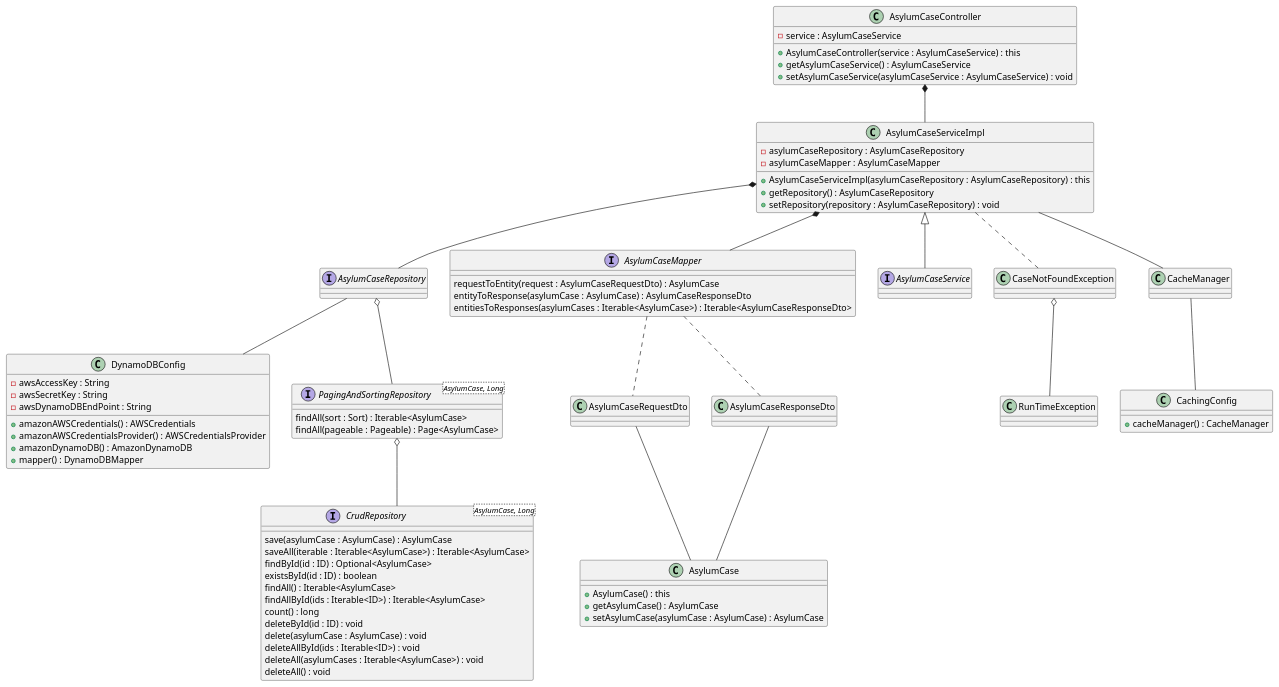
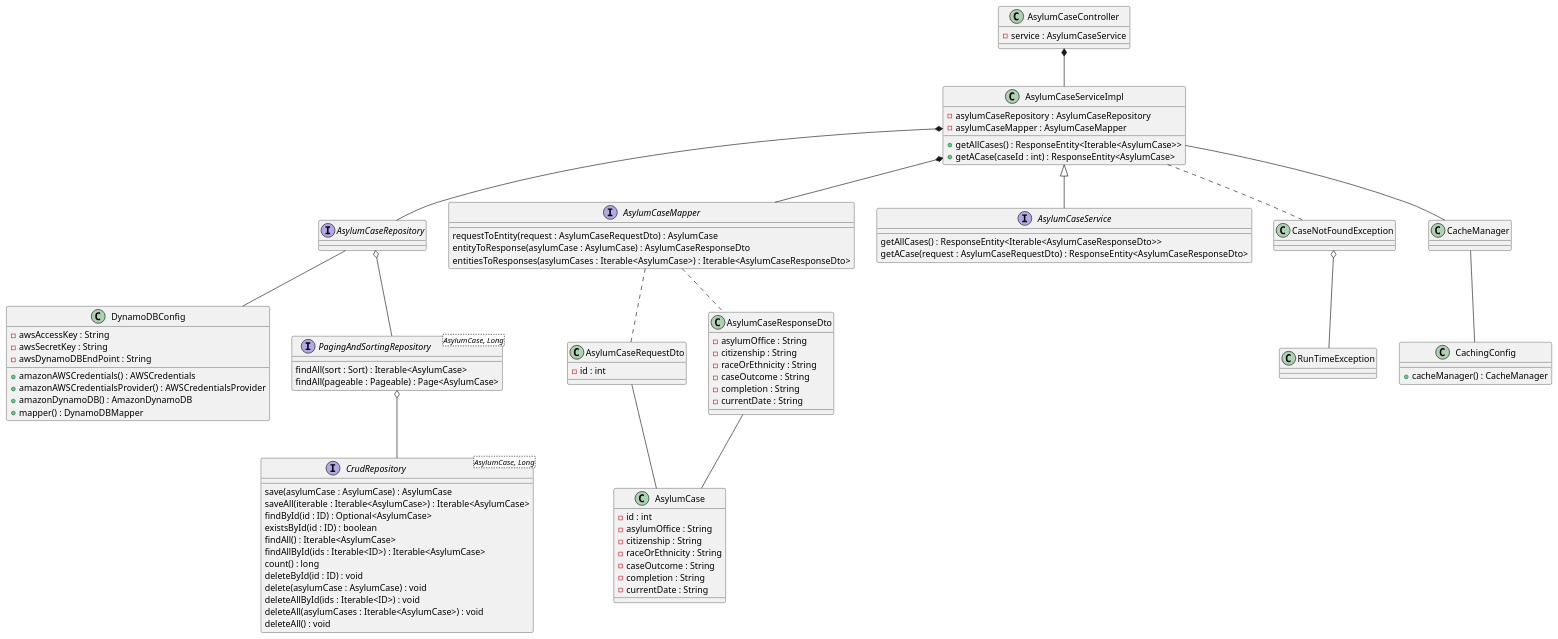
The diagram in RELEASE_1_CD.puml (BloomTech-Labs/asylum-rg-be-a), drawn with PlantUML before and after one commit. The commit also changed 9 other files, not shown here.

Commit message:
Empty files added and class diagram updated.

```diff
--- a/RELEASE_1_CD.puml
+++ b/RELEASE_1_CD.puml
@@ -1,126 +1,134 @@
 @startuml
 
 'End point mappings
 class AsylumCaseController {
     - service : AsylumCaseService
-    + AsylumCaseController(service : AsylumCaseService) : this
-    + getAsylumCaseService() : AsylumCaseService
-    + setAsylumCaseService(asylumCaseService : AsylumCaseService) : void
+
 }
 
 'Config for DynamoDB
 class DynamoDBConfig {
     - awsAccessKey : String
     - awsSecretKey : String
     - awsDynamoDBEndPoint : String
     + amazonAWSCredentials() : AWSCredentials
     + amazonAWSCredentialsProvider() : AWSCredentialsProvider
     + amazonDynamoDB() : AmazonDynamoDB
     + mapper() : DynamoDBMapper
 }
 
 'Config to enable caching
 class CachingConfig {
     + cacheManager() : CacheManager
 }
 
 'repo for DynamoDB calls
 interface AsylumCaseRepository {
 }
 
-'POJO for data model
+'Entity for data model
 class AsylumCase {
-    + AsylumCase() : this
-    + getAsylumCase() : AsylumCase
-    + setAsylumCase(asylumCase : AsylumCase) : AsylumCase
+    - id : int
+    - asylumOffice : String
+    - citizenship : String
+    - raceOrEthnicity : String
+    - caseOutcome : String
+    - completion : String
+    - currentDate : String
 }
 
 class AsylumCaseRequestDto {
-
+    - id : int
 }
 
 class AsylumCaseResponseDto {
-
+    - asylumOffice : String
+    - citizenship : String
+    - raceOrEthnicity : String
+    - caseOutcome : String
+    - completion : String
+    - currentDate : String
 }
 
+' Part of the  MapStruct dependency
 interface AsylumCaseMapper {
     requestToEntity(request : AsylumCaseRequestDto) : AsylumCase
     entityToResponse(asylumCase : AsylumCase) : AsylumCaseResponseDto
     entitiesToResponses(asylumCases : Iterable<AsylumCase>) : Iterable<AsylumCaseResponseDto>
 }
 
 'Add cache config Annotations in service
 interface AsylumCaseService {
-
+    getAllCases() : ResponseEntity<Iterable<AsylumCaseResponseDto>>
+    getACase(request : AsylumCaseRequestDto) : ResponseEntity<AsylumCaseResponseDto>
 }
 
 class AsylumCaseServiceImpl {
     - asylumCaseRepository : AsylumCaseRepository
     - asylumCaseMapper : AsylumCaseMapper
-    + AsylumCaseServiceImpl(asylumCaseRepository : AsylumCaseRepository) : this
-    + getRepository() : AsylumCaseRepository
-    + setRepository(repository : AsylumCaseRepository) : void
+    + getAllCases() : ResponseEntity<Iterable<AsylumCase>>
+    + getACase(caseId : int) : ResponseEntity<AsylumCase>
 }
 
 class CaseNotFoundException
 
 
 'Generated classes
 class CacheManager
 
 'Not owned classes & interfaces
 interface PagingAndSortingRepository<AsylumCase, Long> {
     findAll(sort : Sort) : Iterable<AsylumCase>
     findAll(pageable : Pageable) : Page<AsylumCase>
 }
 
 interface CrudRepository <AsylumCase, Long> {
     save(asylumCase : AsylumCase) : AsylumCase
     saveAll(iterable : Iterable<AsylumCase>) : Iterable<AsylumCase>
     findById(id : ID) : Optional<AsylumCase>
     existsById(id : ID) : boolean
     findAll() : Iterable<AsylumCase>
     findAllById(ids : Iterable<ID>) : Iterable<AsylumCase>
     count() : long
     deleteById(id : ID) : void
     delete(asylumCase : AsylumCase) : void
     deleteAllById(ids : Iterable<ID>) : void
     deleteAll(asylumCases : Iterable<AsylumCase>) : void
     deleteAll() : void
 }
 
 class RunTimeException
 
 AsylumCaseController *-- AsylumCaseServiceImpl
 
 AsylumCaseServiceImpl <|-- AsylumCaseService
 AsylumCaseServiceImpl *-- AsylumCaseRepository
 AsylumCaseServiceImpl *-- AsylumCaseMapper
 AsylumCaseServiceImpl -- CacheManager
 AsylumCaseServiceImpl .. CaseNotFoundException
 
 
 AsylumCaseMapper .. AsylumCaseRequestDto
 AsylumCaseMapper .. AsylumCaseResponseDto
 
 AsylumCaseRequestDto -- AsylumCase
 
 AsylumCaseResponseDto -- AsylumCase
 
 AsylumCaseRepository  o-- PagingAndSortingRepository
 AsylumCaseRepository -- DynamoDBConfig
 
 PagingAndSortingRepository  o-- CrudRepository
 
 CacheManager -- CachingConfig
 
 CaseNotFoundException o-- RunTimeException
 
 
 
 'Extension/
 'Association <|-- (owner <|-- pet) Implements
 'Composition *-- (pet *-- leg) Instantiation (part of)
 'Aggregation (car o-- wheel) Extends (has a)
 
 @enduml
```
